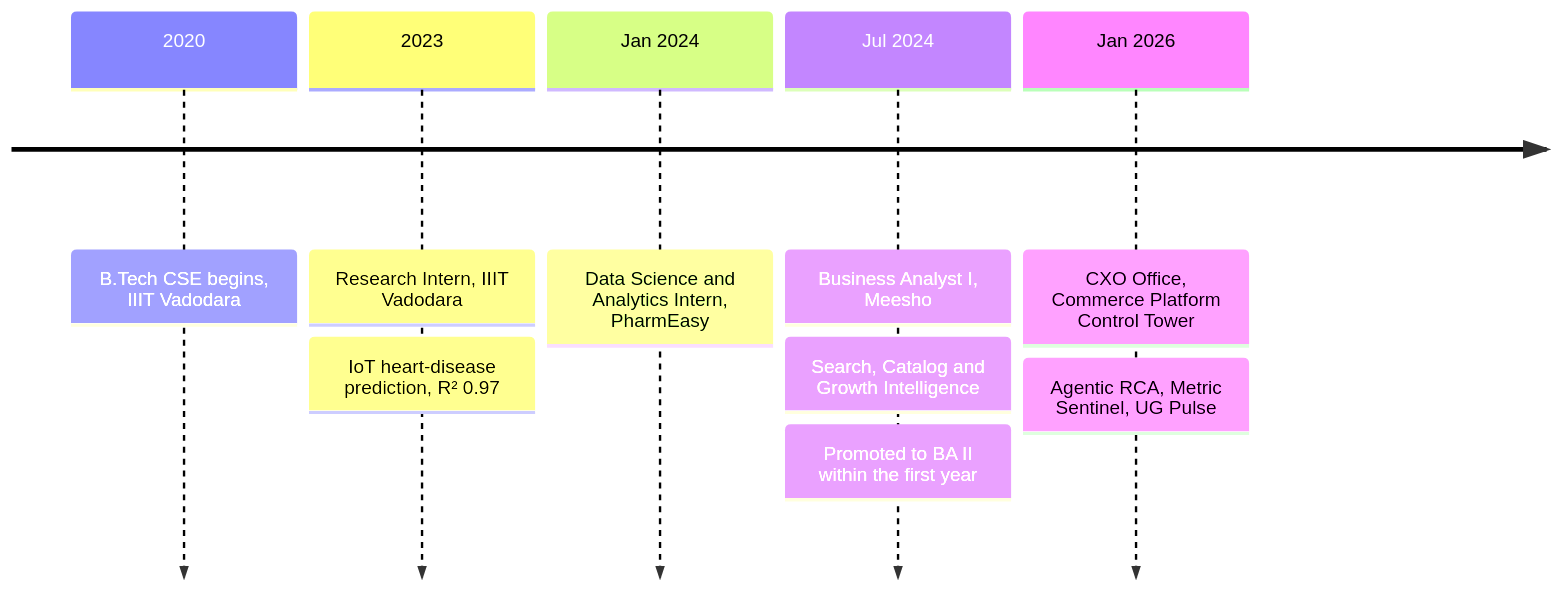
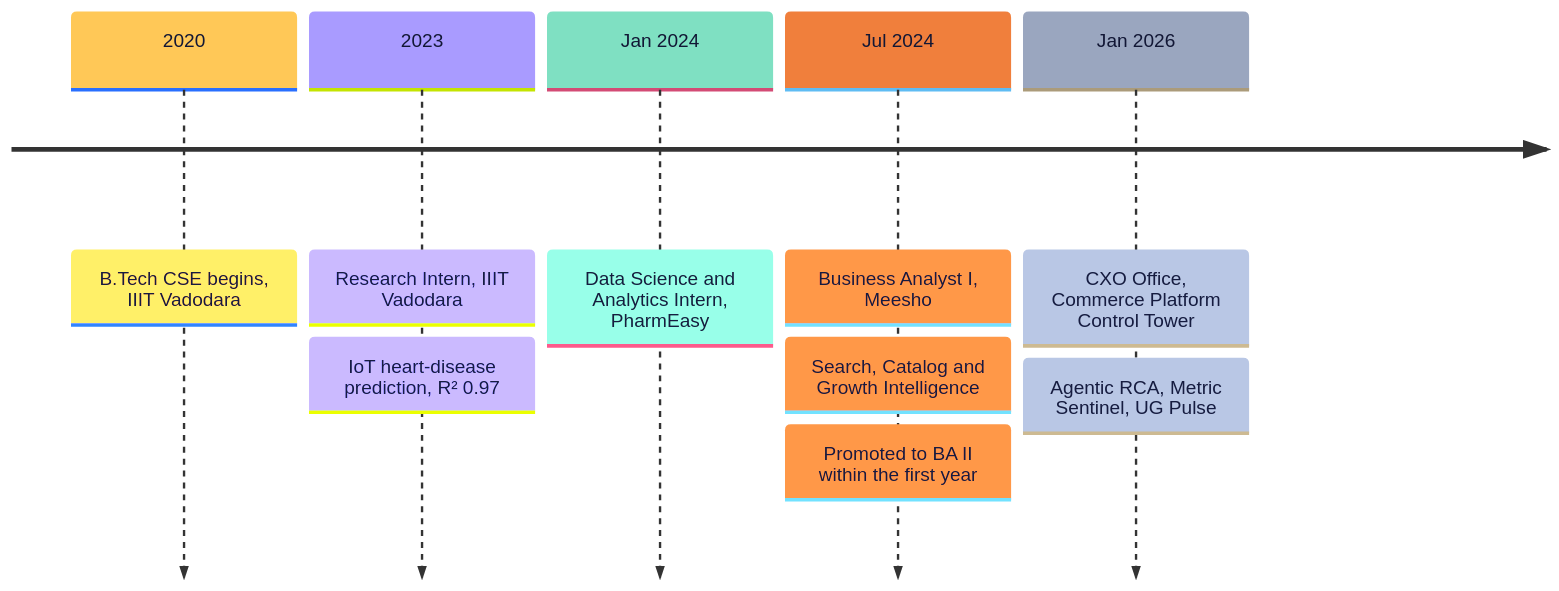
Before and after one commit to 2pushkaraj3/2pushkaraj3: the first of 2 diagrams in README.md, drawn with Mermaid. The commit also changed other lines of this file, not shown here.

````diff
--- a/README.md
+++ b/README.md
@@ -47,12 +44,13 @@
 ```mermaid
+%%{init: {'theme':'base','themeVariables':{'cScale0':'#FFC857','cScaleLabel0':'#121735','cScale1':'#A99BFF','cScaleLabel1':'#121735','cScale2':'#7FE0C2','cScaleLabel2':'#121735','cScale3':'#F07F3C','cScaleLabel3':'#121735','cScale4':'#9AA6BF','cScaleLabel4':'#121735'}}}%%
 timeline
     2020 : B.Tech CSE begins, IIIT Vadodara
     2023 : Research Intern, IIIT Vadodara
          : IoT heart-disease prediction, R² 0.97
     Jan 2024 : Data Science and Analytics Intern, PharmEasy
     Jul 2024 : Business Analyst I, Meesho
              : Search, Catalog and Growth Intelligence
              : Promoted to BA II within the first year
     Jan 2026 : CXO Office, Commerce Platform Control Tower
              : Agentic RCA, Metric Sentinel, UG Pulse
 ```
````
